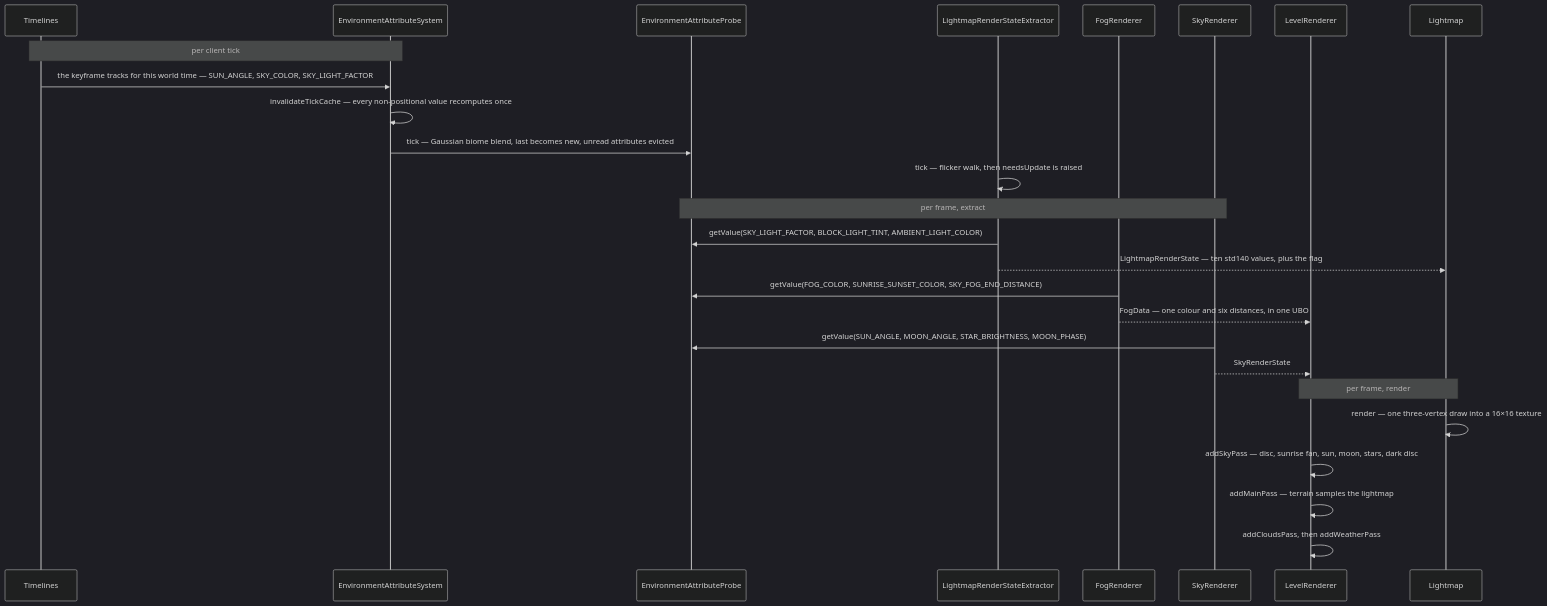
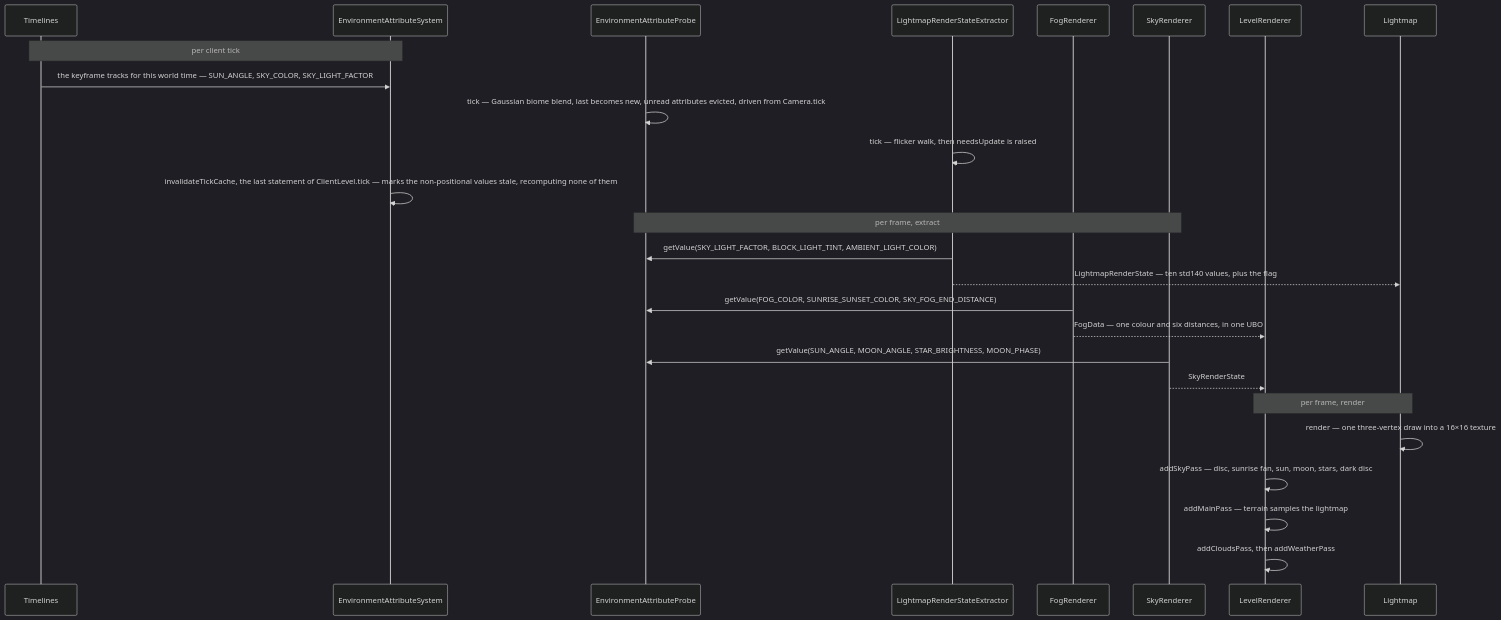
Before and after one commit to AlexanderjFraser/MinecraftDocs: the diagram in src/systems/rendering/lightmap-fog-and-sky.md, drawn with Mermaid (dark theme). The commit also changed other lines of this file and 1 other file, not shown here.

````diff
--- a/src/systems/rendering/lightmap-fog-and-sky.md
+++ b/src/systems/rendering/lightmap-fog-and-sky.md
@@ -90,31 +94,31 @@
 ```mermaid
 sequenceDiagram
     participant Time as Timelines
     participant EAS as EnvironmentAttributeSystem
     participant EAP as EnvironmentAttributeProbe
     participant LRSE as LightmapRenderStateExtractor
     participant FR as FogRenderer
     participant SR as SkyRenderer
     participant LR as LevelRenderer
     participant LM as Lightmap
 
     Note over Time,EAS: per client tick
     Time->>EAS: the keyframe tracks for this world time — SUN_ANGLE, SKY_COLOR, SKY_LIGHT_FACTOR
-    EAS->>EAS: invalidateTickCache — every non-positional value recomputes once
-    EAS->>EAP: tick — Gaussian biome blend, last becomes new, unread attributes evicted
+    EAP->>EAP: tick — Gaussian biome blend, last becomes new, unread attributes evicted, driven from Camera.tick
     LRSE->>LRSE: tick — flicker walk, then needsUpdate is raised
+    EAS->>EAS: invalidateTickCache, the last statement of ClientLevel.tick — marks the non-positional values stale, recomputing none of them
 
     Note over EAP,SR: per frame, extract
     LRSE->>EAP: getValue(SKY_LIGHT_FACTOR, BLOCK_LIGHT_TINT, AMBIENT_LIGHT_COLOR)
     LRSE-->>LM: LightmapRenderState — ten std140 values, plus the flag
     FR->>EAP: getValue(FOG_COLOR, SUNRISE_SUNSET_COLOR, SKY_FOG_END_DISTANCE)
     FR-->>LR: FogData — one colour and six distances, in one UBO
     SR->>EAP: getValue(SUN_ANGLE, MOON_ANGLE, STAR_BRIGHTNESS, MOON_PHASE)
     SR-->>LR: SkyRenderState
 
     Note over LM,LR: per frame, render
     LM->>LM: render — one three-vertex draw into a 16×16 texture
     LR->>LR: addSkyPass — disc, sunrise fan, sun, moon, stars, dark disc
     LR->>LR: addMainPass — terrain samples the lightmap
     LR->>LR: addCloudsPass, then addWeatherPass
 ```
````
